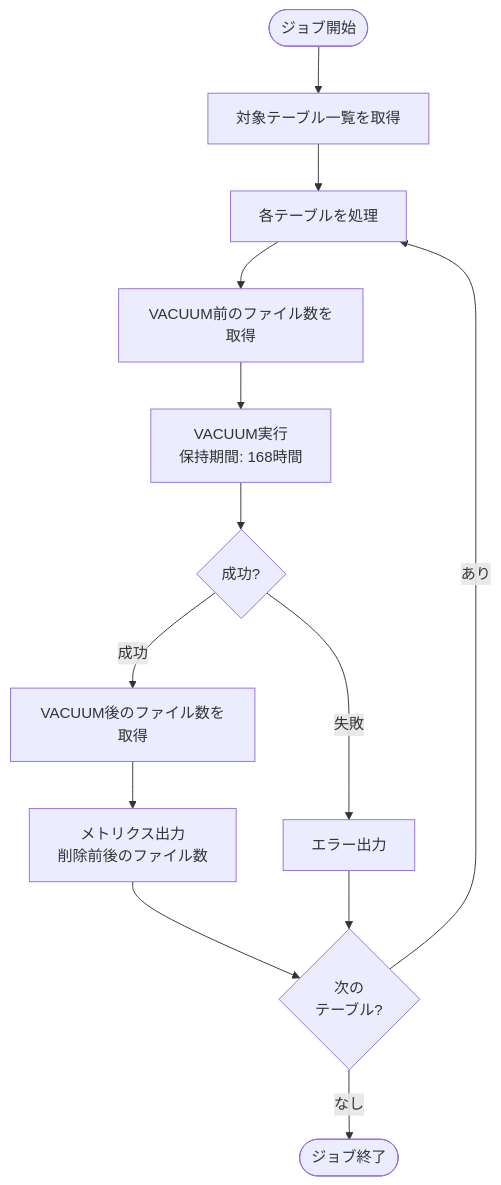
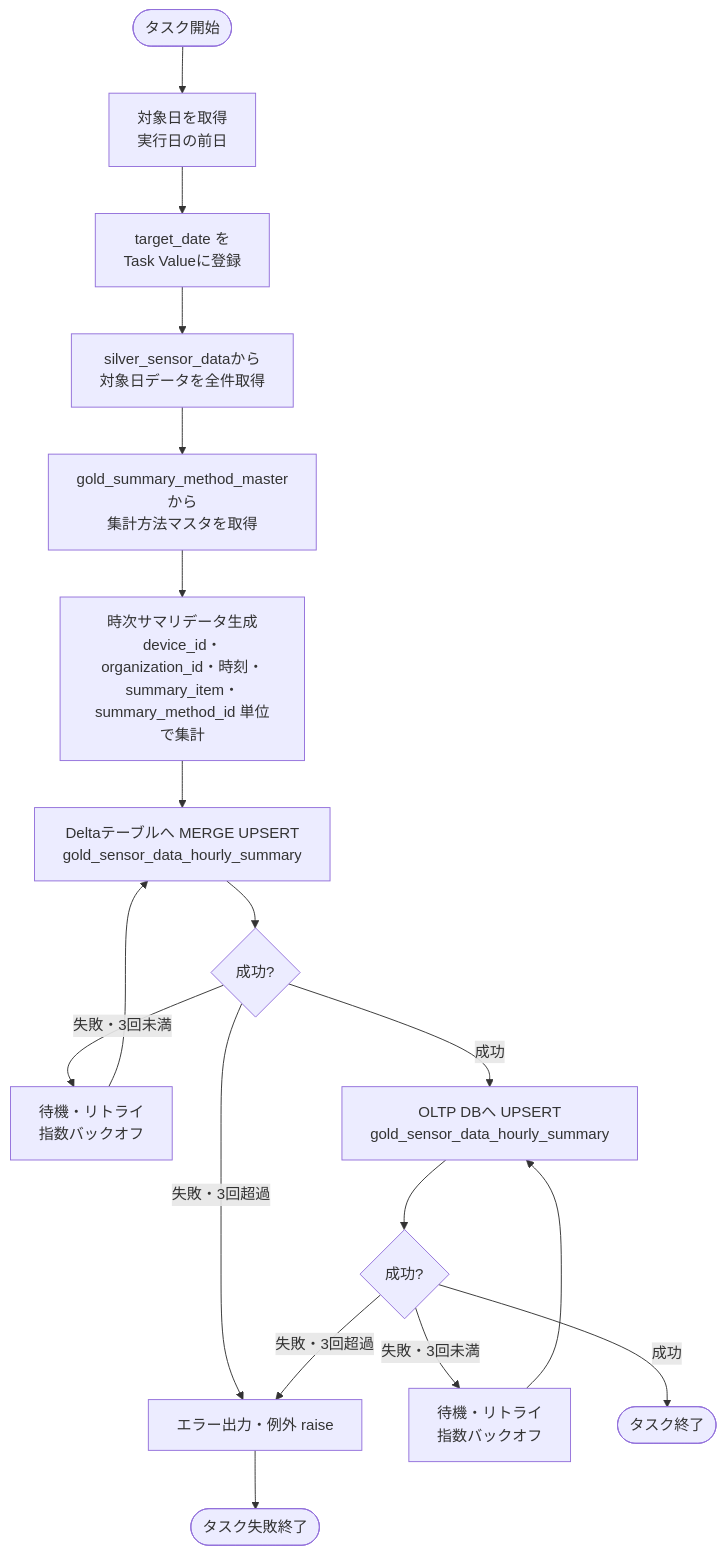
One commit to NSW-SVCP-AIWG002/Databricks-IoT changed the second of 3 diagrams in docs/03-features/batch/gold-data-overwrite/job-specification.md. Above: the diagram before and after it, drawn with Mermaid. The commit also changed other lines of this file and 3 other files, not shown here.

````diff
--- a/docs/03-features/batch/gold-data-overwrite/job-specification.md
+++ b/docs/03-features/batch/gold-data-overwrite/job-specification.md
@@ -242,19 +296,20 @@
 ```mermaid
 flowchart TD
-    Start([ジョブ開始]) --> GetTables[対象テーブル一覧を取得]
-    GetTables --> Loop[各テーブルを処理]
-
-    Loop --> Before[VACUUM前のファイル数を取得]
-    Before --> Vacuum[VACUUM実行<br>保持期間: 168時間]
-    Vacuum --> Result{成功?}
-
-    Result -->|成功| After[VACUUM後のファイル数を取得]
-    After --> Metrics[メトリクス出力<br>削除前後のファイル数]
-    Result -->|失敗| Error[エラー出力]
-
-    Metrics --> Next{次の<br>テーブル?}
-    Error --> Next
-
-    Next -->|あり| Loop
-    Next -->|なし| End([ジョブ終了])
+    Start([タスク開始]) --> GetDate[対象日を取得<br>実行日の前日]
+    GetDate --> SetVal[target_date を<br>Task Valueに登録]
+    SetVal --> GetSilver[silver_sensor_dataから<br>対象日データを全件取得]
+    GetSilver --> GetMethod[gold_summary_method_masterから<br>集計方法マスタを取得]
+    GetMethod --> Gen[時次サマリデータ生成<br>device_id・organization_id・時刻・<br>summary_item・summary_method_id 単位で集計]
+    Gen --> DeltaUpsert[Deltaテーブルへ MERGE UPSERT<br>gold_sensor_data_hourly_summary]
+    DeltaUpsert --> DeltaResult{成功?}
+    DeltaResult -->|失敗・3回未満| DeltaRetry[待機・リトライ<br>指数バックオフ]
+    DeltaRetry --> DeltaUpsert
+    DeltaResult -->|失敗・3回超過| Error[エラー出力・例外 raise]
+    DeltaResult -->|成功| OLTPUpsert[OLTP DBへ UPSERT<br>gold_sensor_data_hourly_summary]
+    OLTPUpsert --> OLTPResult{成功?}
+    OLTPResult -->|失敗・3回未満| OLTPRetry[待機・リトライ<br>指数バックオフ]
+    OLTPRetry --> OLTPUpsert
+    OLTPResult -->|失敗・3回超過| Error
+    OLTPResult -->|成功| End([タスク終了])
+    Error --> Fail([タスク失敗終了])
 ```
````
